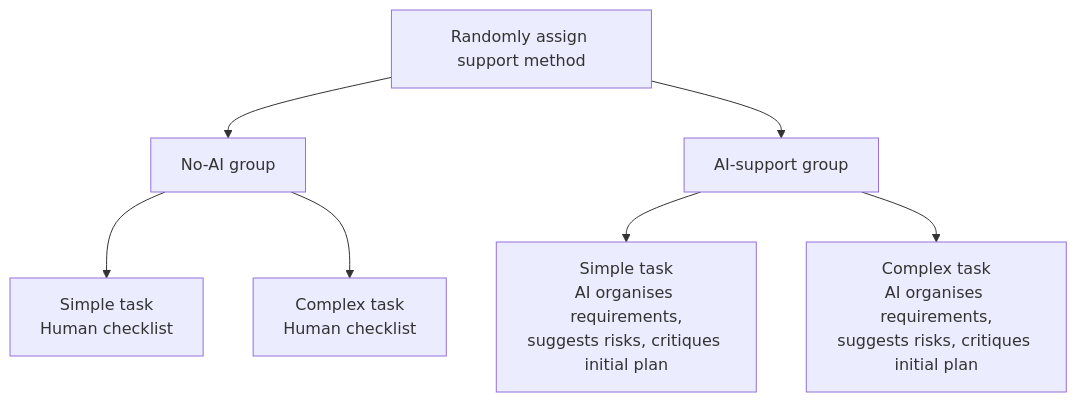
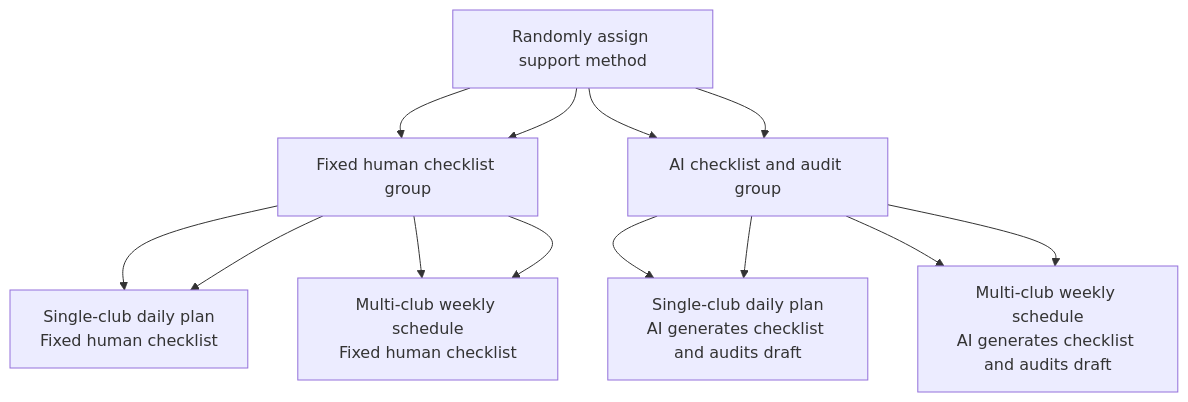
One commit to coco123-123/ADS401.G.github.io changed the first of 4 diagrams in README.md. Above: the diagram before and after it, drawn with Mermaid. The commit also changed other lines of this file, not shown here.

````diff
--- a/README.md
+++ b/README.md
@@ -302,11 +421,17 @@
 ```mermaid
 graph TD
     A[Randomly assign support method] --> B[No-AI group]
     A --> C[AI-support group]
+    A[Randomly assign support method] --> B[Fixed human checklist group]
+    A --> C[AI checklist and audit group]
 
     B --> D1[Simple task<br/>Human checklist]
     B --> D2[Complex task<br/>Human checklist]
+    B --> D1[Single-club daily plan<br/>Fixed human checklist]
+    B --> D2[Multi-club weekly schedule<br/>Fixed human checklist]
 
     C --> E1[Simple task<br/>AI organises requirements,<br/>suggests risks, critiques initial plan]
     C --> E2[Complex task<br/>AI organises requirements,<br/>suggests risks, critiques initial plan]
+    C --> E1[Single-club daily plan<br/>AI generates checklist and audits draft]
+    C --> E2[Multi-club weekly schedule<br/>AI generates checklist and audits draft]
 ```
````
